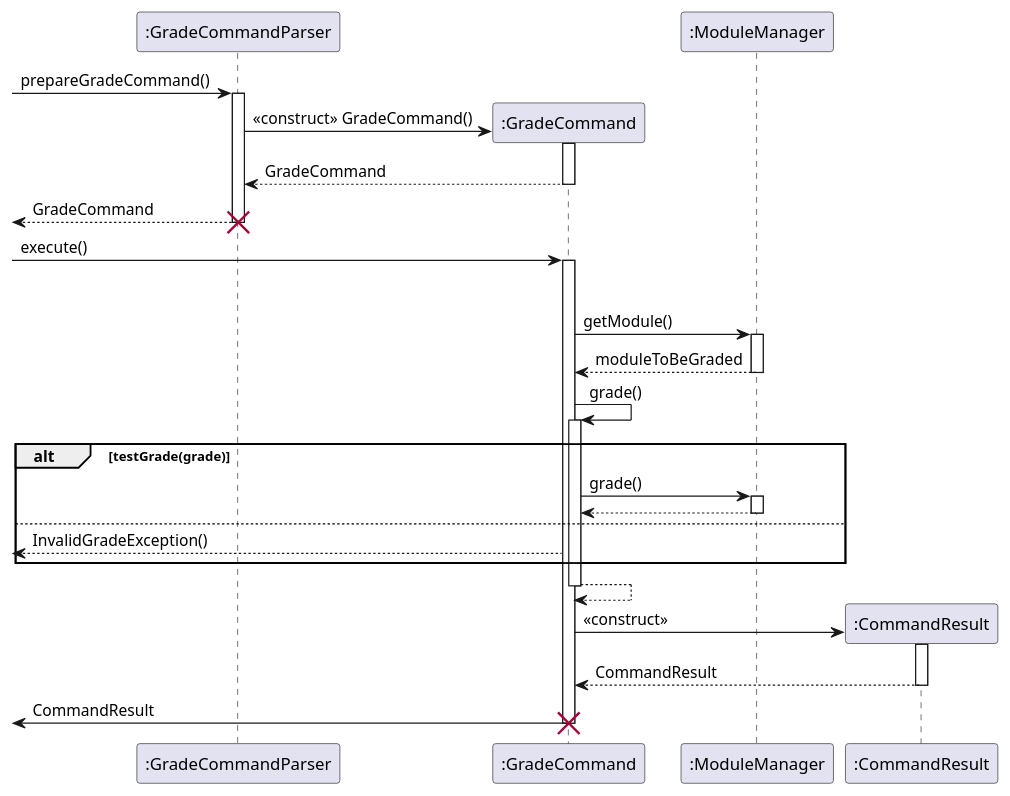
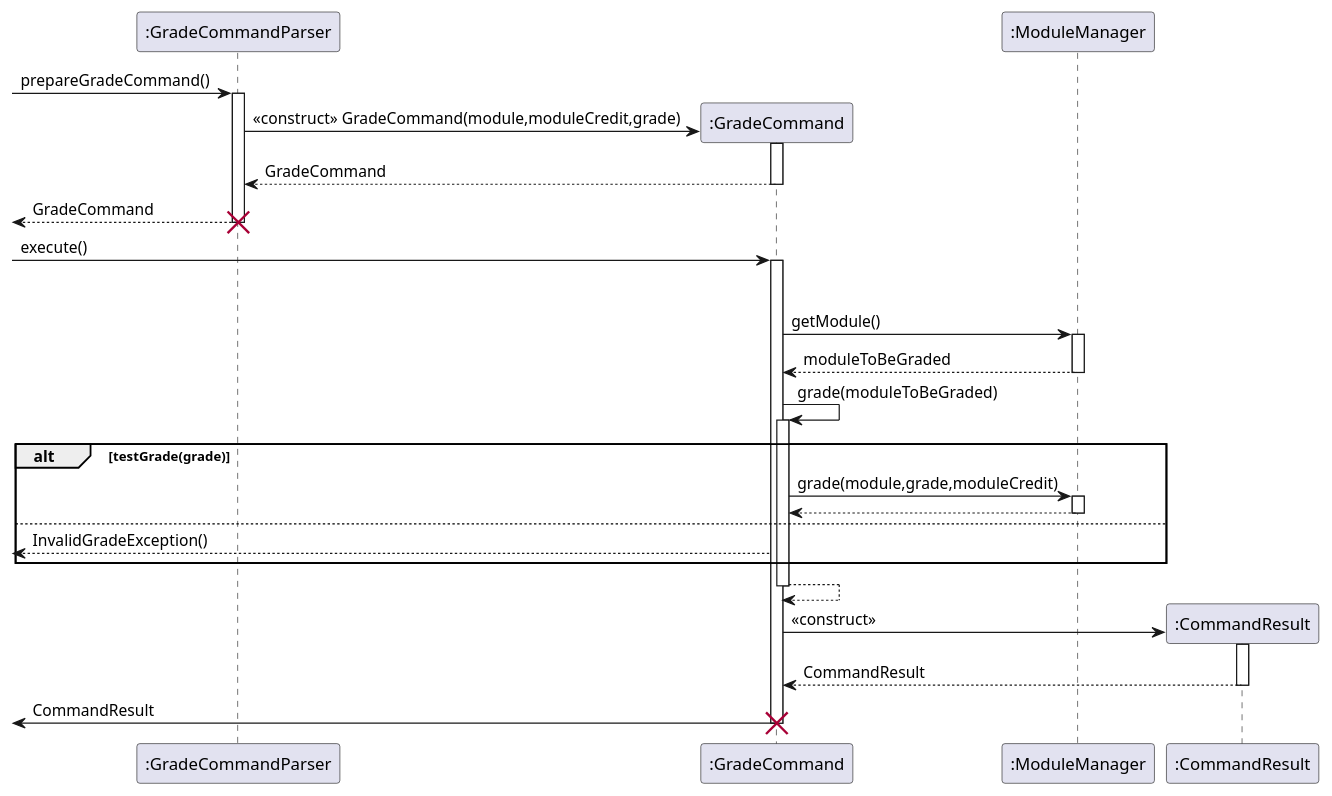
The diagram in docs/diagrams/UML/GradeCommandSequenceDiagram.puml (wangqinNick/tp), drawn with PlantUML before and after one commit. The commit also changed 3 other files, not shown here.

Commit message:
Update seq diagrams according to website

```diff
--- a/docs/diagrams/UML/GradeCommandSequenceDiagram.puml
+++ b/docs/diagrams/UML/GradeCommandSequenceDiagram.puml
@@ -1,39 +1,39 @@
 @startuml
 -> ":GradeCommandParser": prepareGradeCommand()
 activate ":GradeCommandParser"
 create ":GradeCommand"
-":GradeCommandParser" -> ":GradeCommand": <<construct>> GradeCommand()
+":GradeCommandParser" -> ":GradeCommand": <<construct>> GradeCommand(module,moduleCredit,grade)
 activate ":GradeCommand"
 ":GradeCommandParser" <-- ":GradeCommand" : GradeCommand
 deactivate ":GradeCommand"
 <-- ":GradeCommandParser" : GradeCommand
 deactivate ":GradeCommandParser"
 destroy ":GradeCommandParser"
 -> ":GradeCommand" : execute()
 activate ":GradeCommand"
 deactivate ":GradeCommandParser"
 ":GradeCommand" -> ":ModuleManager" : getModule()
 activate ":ModuleManager"
 ":GradeCommand" <-- ":ModuleManager" :moduleToBeGraded
 deactivate ":ModuleManager"
-":GradeCommand" -> ":GradeCommand" : grade()
+":GradeCommand" -> ":GradeCommand" : grade(moduleToBeGraded)
 alt testGrade(grade)
     activate ":GradeCommand"
-    ":GradeCommand" -> ":ModuleManager" :grade()
+    ":GradeCommand" -> ":ModuleManager" :grade(module,grade,moduleCredit)
     activate ":ModuleManager"
     ":GradeCommand" <-- ":ModuleManager"
     deactivate ":ModuleManager"
 else
     <-- ":GradeCommand" : InvalidGradeException()
 end
 ":GradeCommand" --> ":GradeCommand"
 deactivate ":GradeCommand"
 create ":CommandResult"
 ":GradeCommand" -> ":CommandResult" : <<construct>>
 activate ":CommandResult"
 ":GradeCommand" <-- ":CommandResult" : CommandResult
 deactivate ":CommandResult"
 <- ":GradeCommand" : CommandResult
 deactivate ":GradeCommand"
 destroy ":GradeCommand"
 @enduml
```
